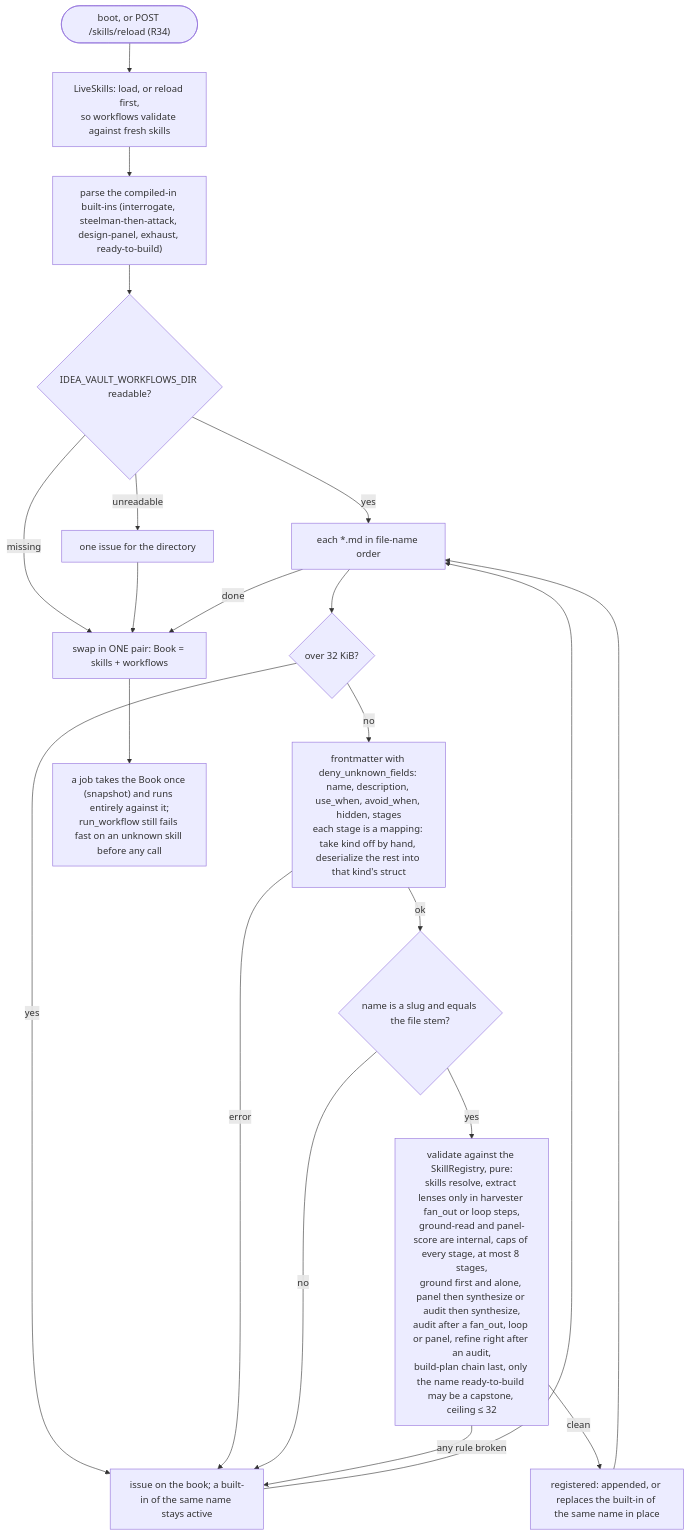
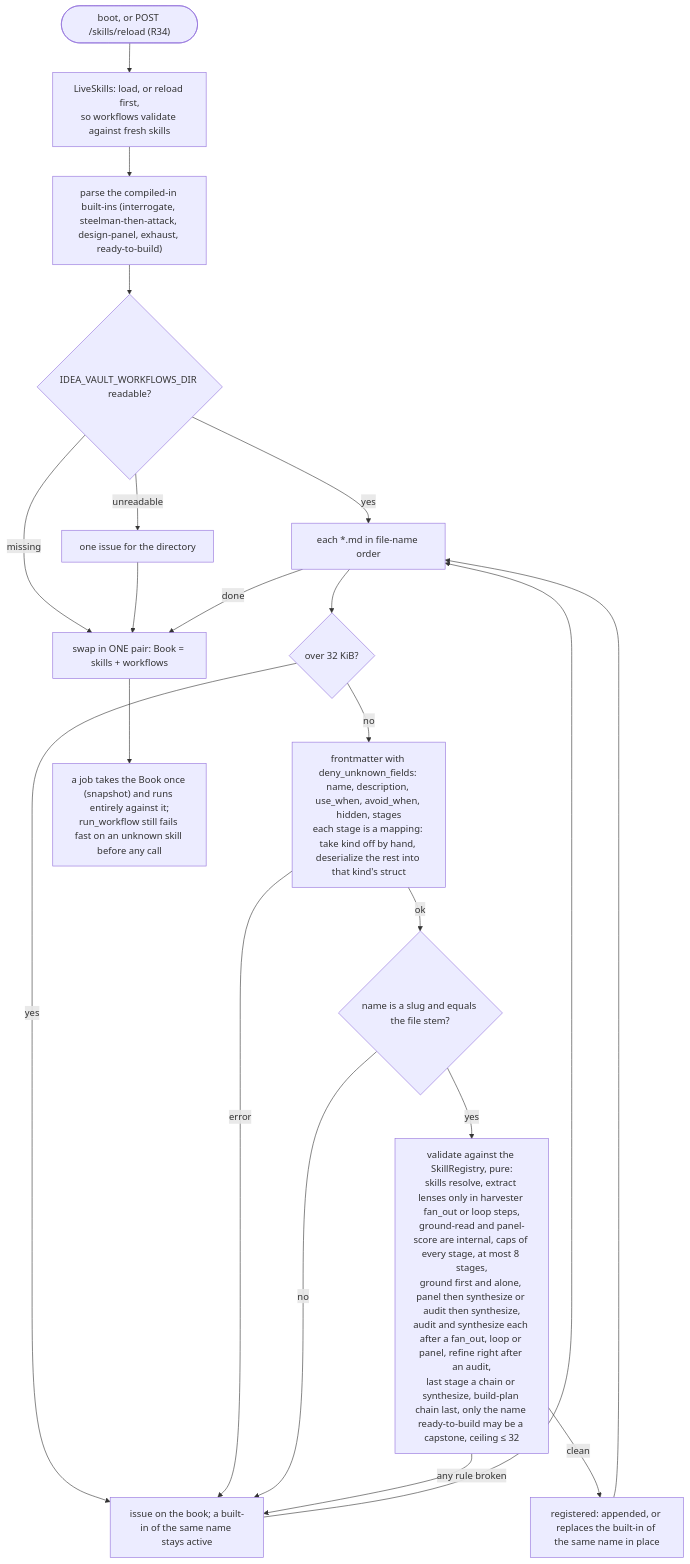
One commit to jasdian/idea-vault changed the sixth of 6 diagrams in docs/06-concepts/workflows.md. Above: the diagram before and after it, drawn with Mermaid. The commit also changed other lines of this file and 7 other files, not shown here.

First line of the commit message:
fix(workflows): stale audit pairing, dead-end definitions, ground mining and anchor checks

````diff
--- a/docs/06-concepts/workflows.md
+++ b/docs/06-concepts/workflows.md
@@ -355,22 +358,22 @@
 ```mermaid
 flowchart TD
     BOOT(["boot, or POST /skills/reload (R34)"]) --> SK["LiveSkills: load, or reload first,<br/>so workflows validate against fresh skills"]
     SK --> B1["parse the compiled-in built-ins (interrogate, steelman-then-attack, design-panel, exhaust, ready-to-build)"]
     B1 --> DIR{"IDEA_VAULT_WORKFLOWS_DIR readable?"}
     DIR -->|"missing"| PAIR
     DIR -->|"unreadable"| ISS0["one issue for the directory"] --> PAIR
     DIR -->|"yes"| FILES["each *.md in file-name order"]
     FILES --> CAP{"over 32 KiB?"}
     CAP -->|"yes"| ISS["issue on the book; a built-in of the same name stays active"]
     CAP -->|"no"| PARSE["frontmatter with deny_unknown_fields: name, description, use_when, avoid_when, hidden, stages<br/>each stage is a mapping: take kind off by hand, deserialize the rest into that kind's struct"]
     PARSE -->|"error"| ISS
     PARSE -->|"ok"| NAME{"name is a slug and equals the file stem?"}
     NAME -->|"no"| ISS
-    NAME -->|"yes"| VAL["validate against the SkillRegistry, pure:<br/>skills resolve, extract lenses only in harvester fan_out or loop steps,<br/>ground-read and panel-score are internal, caps of every stage, at most 8 stages,<br/>ground first and alone, panel then synthesize or audit then synthesize,<br/>audit after a fan_out, loop or panel, refine right after an audit,<br/>build-plan chain last, only the name ready-to-build may be a capstone, ceiling ≤ 32"]
+    NAME -->|"yes"| VAL["validate against the SkillRegistry, pure:<br/>skills resolve, extract lenses only in harvester fan_out or loop steps,<br/>ground-read and panel-score are internal, caps of every stage, at most 8 stages,<br/>ground first and alone, panel then synthesize or audit then synthesize,<br/>audit and synthesize each after a fan_out, loop or panel, refine right after an audit,<br/>last stage a chain or synthesize, build-plan chain last, only the name ready-to-build may be a capstone, ceiling ≤ 32"]
     VAL -->|"any rule broken"| ISS
     VAL -->|"clean"| REG["registered: appended, or replaces the built-in of the same name in place"]
     REG --> FILES
     ISS --> FILES
     FILES -->|"done"| PAIR["swap in ONE pair: Book = skills + workflows"]
     PAIR --> JOB["a job takes the Book once (snapshot) and runs entirely against it;<br/>run_workflow still fails fast on an unknown skill before any call"]
 ```
````
